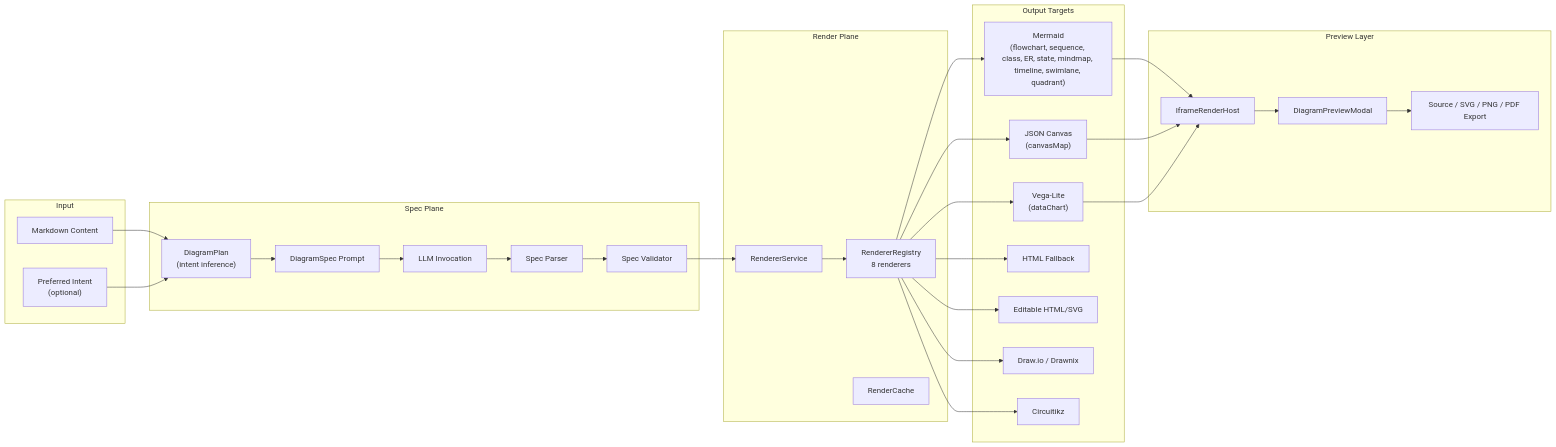
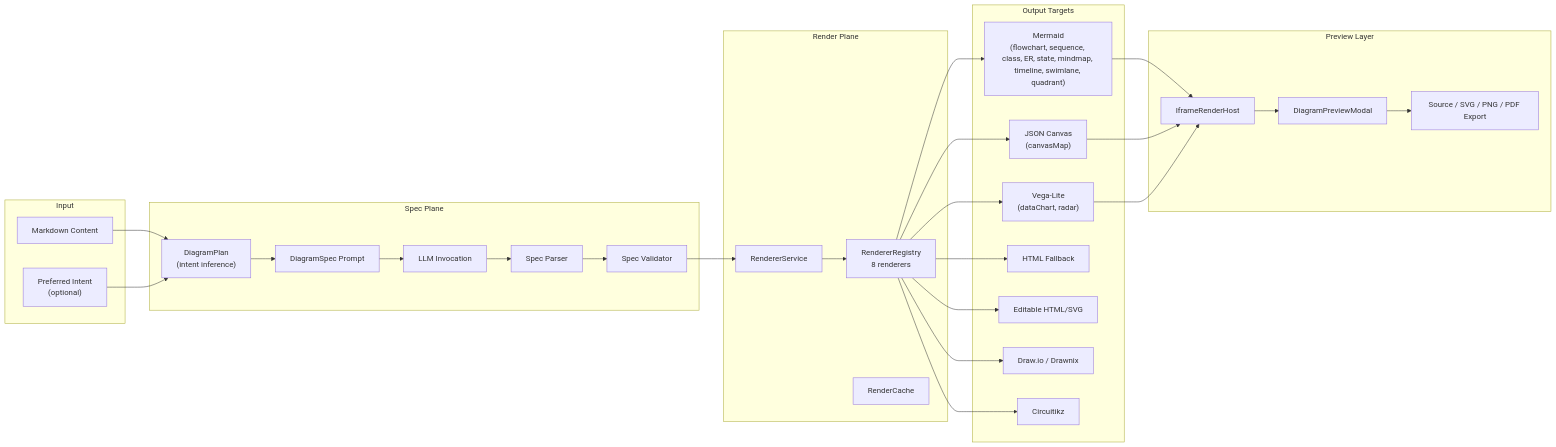
One commit to Jacobinwwey/obsidian-NotEMD changed the third of 3 diagrams in docs/architecture.md. Above: the diagram before and after it, drawn with Mermaid. The commit also changed other lines of this file and 43 other files, not shown here.

Commit message:
feat(diagrams): ship radar capability catalog

````diff
--- a/docs/architecture.md
+++ b/docs/architecture.md
@@ -129,58 +129,58 @@
 ```mermaid
 flowchart LR
     subgraph Input["Input"]
         MD["Markdown Content"]
         INTENT["Preferred Intent<br/>(optional)"]
     end
 
     subgraph Spec["Spec Plane"]
         PLAN["DiagramPlan<br/>(intent inference)"]
         PROMPT2["DiagramSpec Prompt"]
         LLM["LLM Invocation"]
         PARSE2["Spec Parser"]
         VALIDATE["Spec Validator"]
     end
 
     subgraph Render["Render Plane"]
         REGISTRY["RendererRegistry<br/>8 renderers"]
         SERVICE["RendererService"]
         CACHE2["RenderCache"]
     end
 
     subgraph Target["Output Targets"]
         MERMAID["Mermaid<br/>(flowchart, sequence, class, ER, state, mindmap, timeline, swimlane, quadrant)"]
         CANVAS["JSON Canvas<br/>(canvasMap)"]
-        VEGA["Vega-Lite<br/>(dataChart)"]
+        VEGA["Vega-Lite<br/>(dataChart, radar)"]
         HTML["HTML Fallback"]
         FIGURE["Editable HTML/SVG"]
         BOARD["Draw.io / Drawnix"]
         CIRCUIT["Circuitikz"]
     end
 
     subgraph Host["Preview Layer"]
         IFRAME["IframeRenderHost"]
         MODAL["DiagramPreviewModal"]
         EXPORT2["Source / SVG / PNG / PDF Export"]
     end
 
     MD --> PLAN
     INTENT --> PLAN
     PLAN --> PROMPT2
     PROMPT2 --> LLM
     LLM --> PARSE2
     PARSE2 --> VALIDATE
     VALIDATE --> SERVICE
     SERVICE --> REGISTRY
     REGISTRY --> MERMAID
     REGISTRY --> CANVAS
     REGISTRY --> VEGA
     REGISTRY --> HTML
     REGISTRY --> FIGURE
     REGISTRY --> BOARD
     REGISTRY --> CIRCUIT
     MERMAID --> IFRAME
     CANVAS --> IFRAME
     VEGA --> IFRAME
     IFRAME --> MODAL
     MODAL --> EXPORT2
 ```
````
